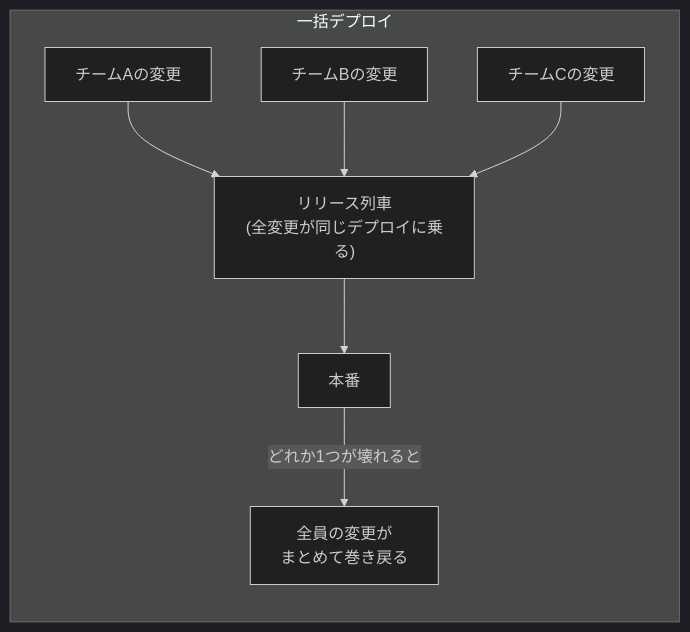
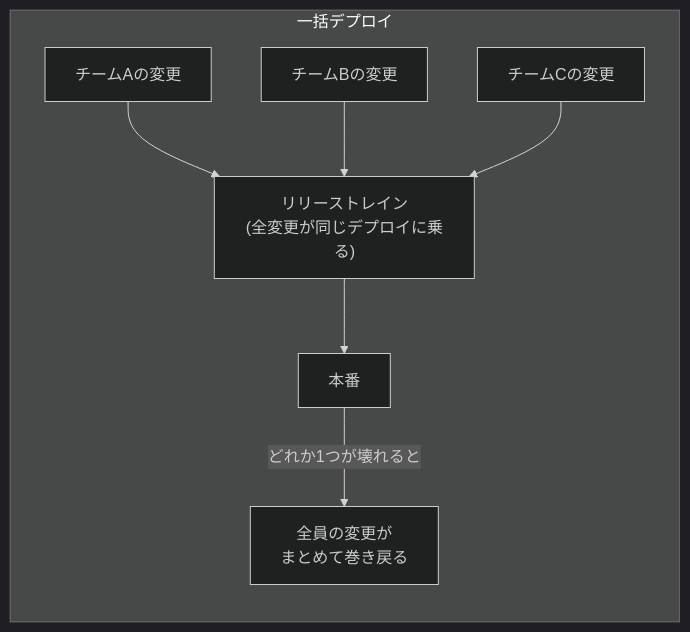
The first of 3 diagrams in src/content/blog/deploy-isolation-developer-productivity.mdx (rikukaInoue/rikukadev), drawn with Mermaid (dark theme) before and after one commit. The commit also changed other lines of this file, not shown here.

Commit message:
用語を「リリーストレイン」に統一する(単独の比喩は「列車」のまま)

````diff
--- a/src/content/blog/deploy-isolation-developer-productivity.mdx
+++ b/src/content/blog/deploy-isolation-developer-productivity.mdx
@@ -22,10 +22,10 @@
 ```mermaid
 graph LR
     subgraph 一括デプロイ
-        A["チームAの変更"] --> T["リリース列車<br/>(全変更が同じデプロイに乗る)"]
+        A["チームAの変更"] --> T["リリーストレイン<br/>(全変更が同じデプロイに乗る)"]
         B["チームBの変更"] --> T
         C["チームCの変更"] --> T
         T --> D["本番"]
         D -->|"どれか1つが壊れると"| R["全員の変更が<br/>まとめて巻き戻る"]
     end
 ```
````
